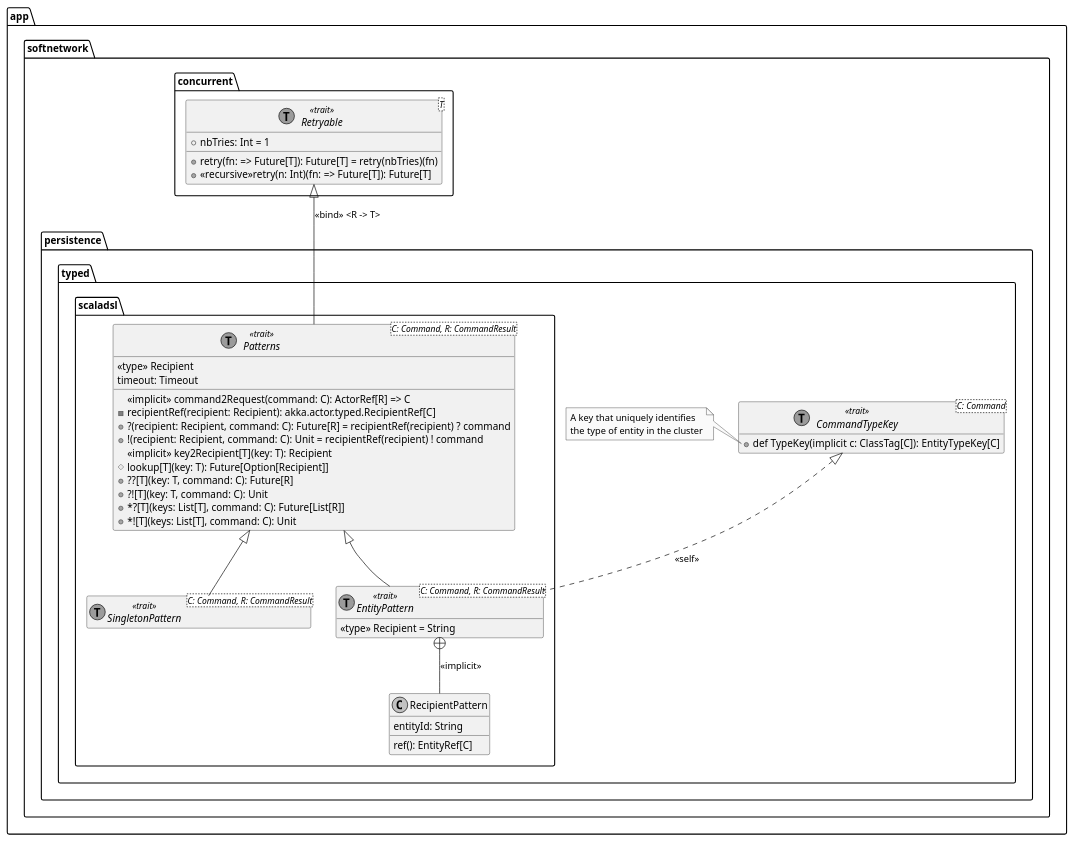
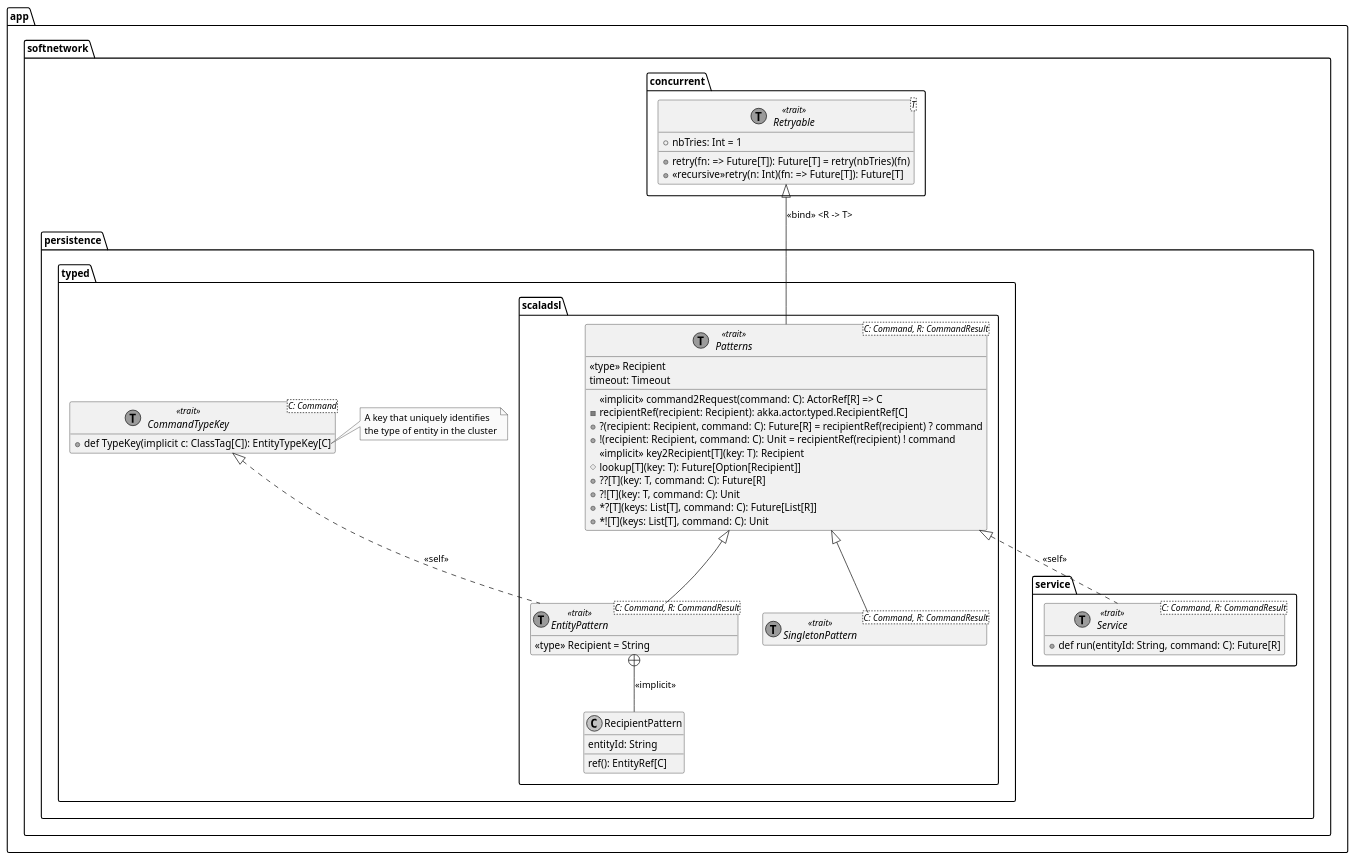
Before and after one commit to SOFTNETWORK-APP/generic-persistence-api: the diagram in docs/diagrams/src/Patterns.plantuml, drawn with PlantUML. The commit also changed 6 other files, not shown here.

Commit message:
update PersistenceGuardian to initialize schema provider

```diff
--- a/docs/diagrams/src/Patterns.plantuml
+++ b/docs/diagrams/src/Patterns.plantuml
@@ -1,50 +1,56 @@
 @startuml Patterns
 skinparam monochrome true
 hide empty members
 
 package app.softnetwork {
     package concurrent {
         abstract Retryable <T> <<(T,orchid) trait>> {
             +nbTries: Int = 1
             +retry(fn: => Future[T]): Future[T] = retry(nbTries)(fn)
             +<<recursive>>retry(n: Int)(fn: => Future[T]): Future[T]
         }
     }
     package persistence.typed {
         abstract class CommandTypeKey <C: Command> <<(T,orchid) trait >> {
             +def TypeKey(implicit c: ClassTag[C]): EntityTypeKey[C]
         }
-        note left of CommandTypeKey::TypeKey
+        note right of CommandTypeKey::TypeKey
             A key that uniquely identifies
             the type of entity in the cluster
         end note
         package scaladsl {
             abstract Patterns <C: Command, R: CommandResult> <<(T,orchid) trait>>{
                 <<type>> Recipient
                 <<implicit>> command2Request(command: C): ActorRef[R] => C
                 timeout: Timeout
                 -recipientRef(recipient: Recipient): akka.actor.typed.RecipientRef[C]
                 +?(recipient: Recipient, command: C): Future[R] = recipientRef(recipient) ? command
                 +!(recipient: Recipient, command: C): Unit = recipientRef(recipient) ! command
                 <<implicit>> key2Recipient[T](key: T): Recipient
                 #lookup[T](key: T): Future[Option[Recipient]]
                 +??[T](key: T, command: C): Future[R]
                 +?![T](key: T, command: C): Unit
                 +*?[T](keys: List[T], command: C): Future[List[R]]
                 +*![T](keys: List[T], command: C): Unit
             }
             Retryable <|-- Patterns: <<bind>> <R -> T>
             abstract EntityPattern <C: Command, R: CommandResult> <<(T,orchid) trait>> extends Patterns{
                 <<type>> Recipient = String
             }
             CommandTypeKey <|.. EntityPattern : <<self>>
             abstract SingletonPattern <C: Command, R: CommandResult> <<(T,orchid) trait>> extends Patterns
             class RecipientPattern {
               entityId: String
               ref(): EntityRef[C]
             }
             EntityPattern +-- RecipientPattern: <<implicit>>
         }
     }
+    package persistence.service {
+        abstract Service <C: Command, R: CommandResult> <<(T,orchid) trait>>{
+            +def run(entityId: String, command: C): Future[R]
+        }
+        Patterns <|.. Service: <<self>>
+    }
 }
 @enduml
```
